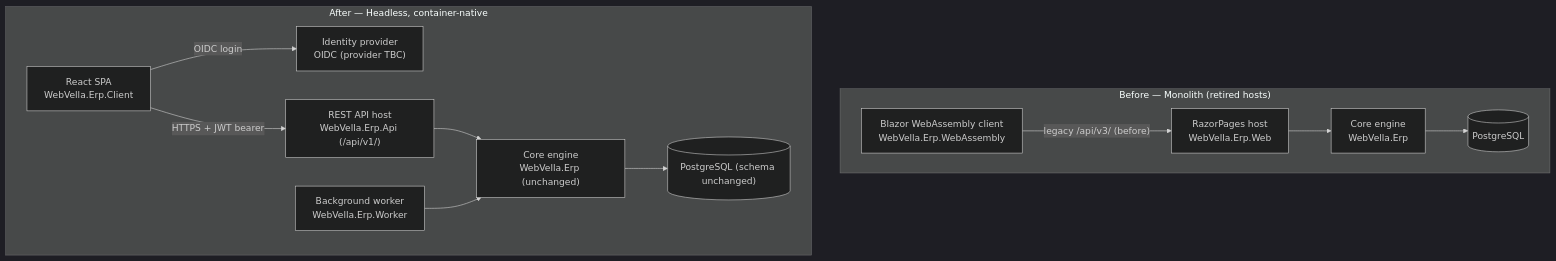
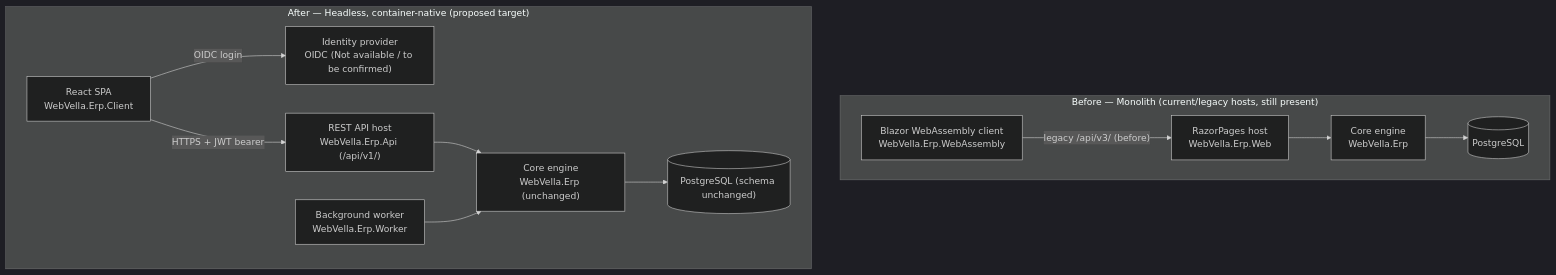
Before and after one commit to Blitzy-Sandbox/blitzy-WebVella-ERP: the diagram in docs/migration/overview.md, drawn with Mermaid (dark theme). The commit also changed other lines of this file and 38 other files, not shown here.

````diff
--- a/docs/migration/overview.md
+++ b/docs/migration/overview.md
@@ -31,25 +33,25 @@
 ```mermaid
 graph TB
-    subgraph Before["Before — Monolith (retired hosts)"]
+    subgraph Before["Before — Monolith (current/legacy hosts, still present)"]
         RP["RazorPages host<br/>WebVella.Erp.Web"]
         BZ["Blazor WebAssembly client<br/>WebVella.Erp.WebAssembly"]
         COREB["Core engine<br/>WebVella.Erp"]
         DBB[("PostgreSQL")]
         BZ -->|"legacy /api/v3/ (before)"| RP
         RP --> COREB
         COREB --> DBB
     end
-    subgraph After["After — Headless, container-native"]
+    subgraph After["After — Headless, container-native (proposed target)"]
         SPA["React SPA<br/>WebVella.Erp.Client"]
         API["REST API host<br/>WebVella.Erp.Api (/api/v1/)"]
         WK["Background worker<br/>WebVella.Erp.Worker"]
-        IDP["Identity provider<br/>OIDC (provider TBC)"]
+        IDP["Identity provider<br/>OIDC (Not available / to be confirmed)"]
         COREA["Core engine<br/>WebVella.Erp (unchanged)"]
         DBA[("PostgreSQL (schema unchanged)")]
         SPA -->|"OIDC login"| IDP
         SPA -->|"HTTPS + JWT bearer"| API
         API --> COREA
         WK --> COREA
         COREA --> DBA
     end
 ```
````
